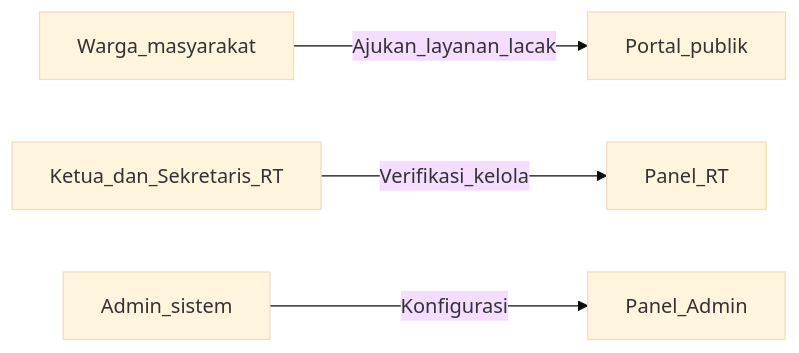
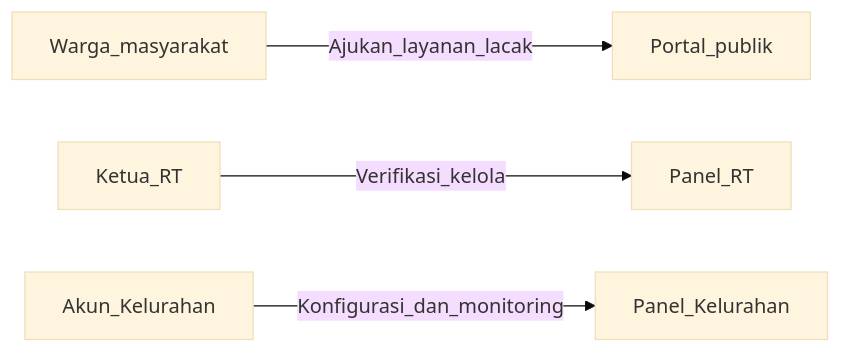
One commit to alfon00/wargaupdate changed the first of 7 diagrams in docs/RINGKASAN-SISTEM.md. Above: the diagram before and after it, drawn with Mermaid (base theme). The commit also changed other lines of this file and 105 other files, not shown here.

First line of the commit message:
Perbarui surat digital, panel RT, dan verifikasi keaslian surat.

````diff
--- a/docs/RINGKASAN-SISTEM.md
+++ b/docs/RINGKASAN-SISTEM.md
@@ -75,10 +75,10 @@
 ```mermaid
 flowchart LR
     Warga[Warga_masyarakat]
-    RT[Ketua_dan_Sekretaris_RT]
-    Admin[Admin_sistem]
+    RT[Ketua_RT]
+    Kelurahan[Akun_Kelurahan]
 
     Warga -->|Ajukan_layanan_lacak| Portal[Portal_publik]
     RT -->|Verifikasi_kelola| PanelRT[Panel_RT]
-    Admin -->|Konfigurasi| PanelAdmin[Panel_Admin]
+    Kelurahan -->|Konfigurasi_dan_monitoring| PanelKelurahan[Panel_Kelurahan]
 ```
````
